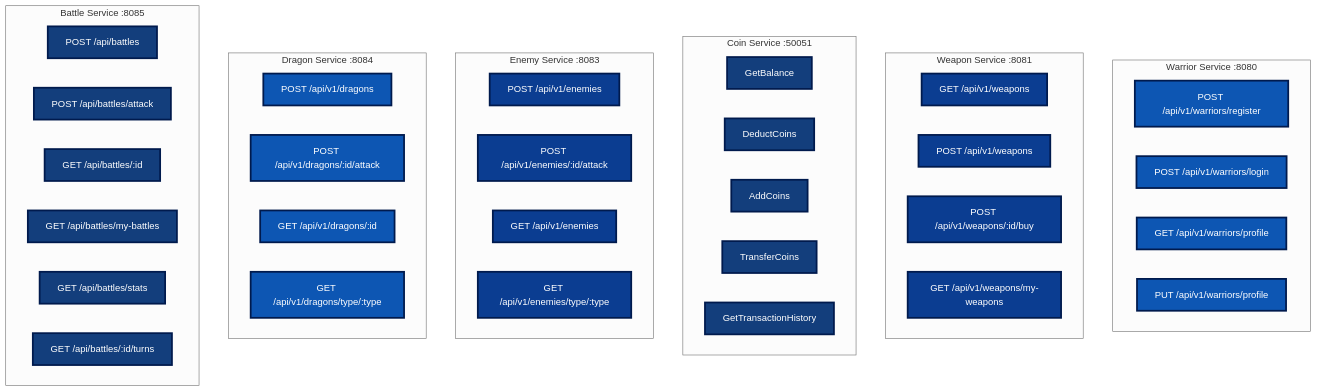
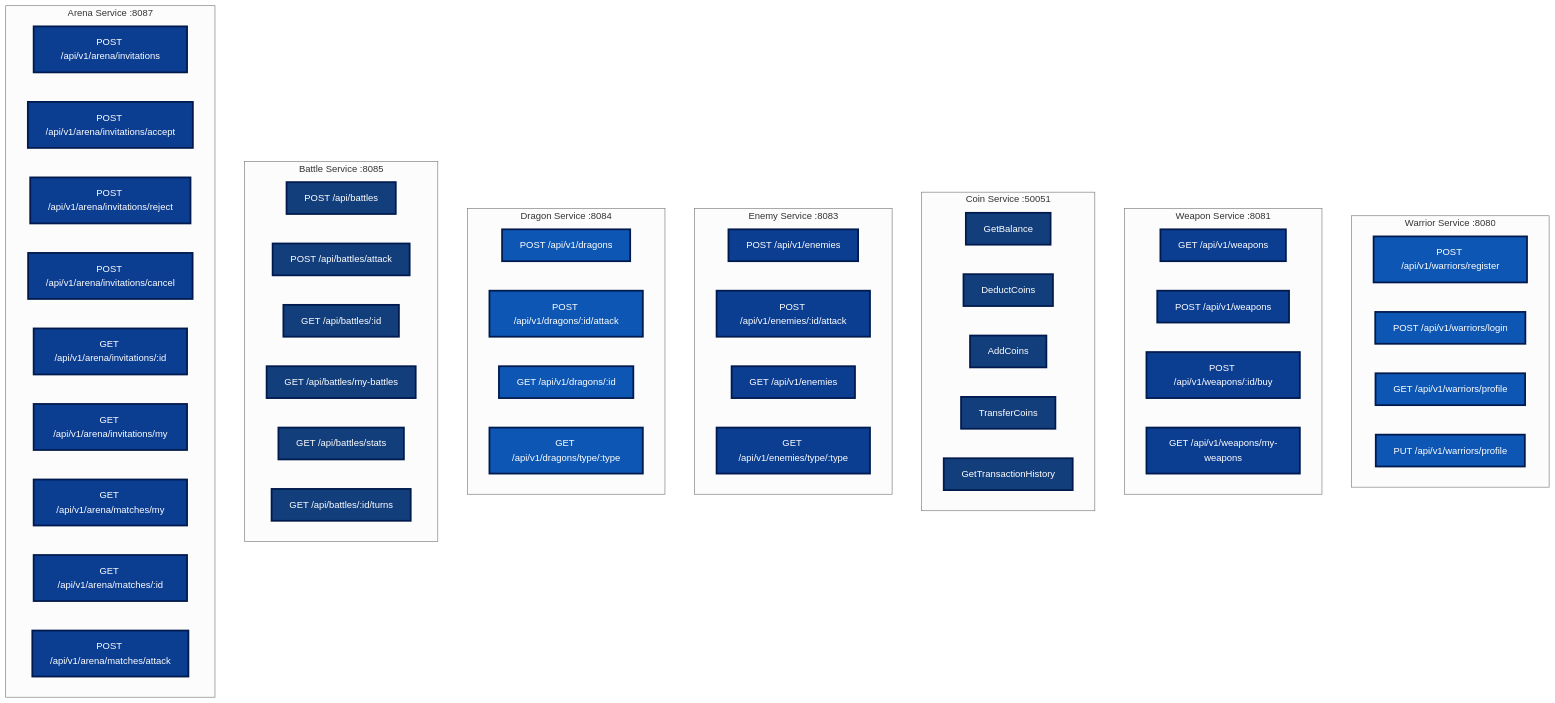
Before and after one commit to tiraten-bot/network-sec-micro: diagram 11 of 24 in README.md, drawn with Mermaid (neutral theme).

Commit message:
Update README.md to add new API endpoints for the Arena Service, enhancing the service interaction diagram with invitation and match functionalities.

````diff
--- a/README.md
+++ b/README.md
@@ -658,6 +658,18 @@
         B6[GET /api/battles/:id/turns]
     end
     
+    subgraph "Arena Service :8087"
+        A1[POST /api/v1/arena/invitations]
+        A2[POST /api/v1/arena/invitations/accept]
+        A3[POST /api/v1/arena/invitations/reject]
+        A4[POST /api/v1/arena/invitations/cancel]
+        A5[GET /api/v1/arena/invitations/:id]
+        A6[GET /api/v1/arena/invitations/my]
+        A7[GET /api/v1/arena/matches/my]
+        A8[GET /api/v1/arena/matches/:id]
+        A9[POST /api/v1/arena/matches/attack]
+    end
+    
     style W1 fill:#0d56b3,stroke:#001a4d,stroke-width:3px,color:#ffffff
     style W2 fill:#0d56b3,stroke:#001a4d,stroke-width:3px,color:#ffffff
     style W3 fill:#0d56b3,stroke:#001a4d,stroke-width:3px,color:#ffffff
@@ -685,4 +697,13 @@
     style B4 fill:#133e7c,stroke:#001a4d,stroke-width:3px,color:#ffffff
     style B5 fill:#133e7c,stroke:#001a4d,stroke-width:3px,color:#ffffff
     style B6 fill:#133e7c,stroke:#001a4d,stroke-width:3px,color:#ffffff
+    style A1 fill:#0b3d91,stroke:#001a4d,stroke-width:3px,color:#ffffff
+    style A2 fill:#0b3d91,stroke:#001a4d,stroke-width:3px,color:#ffffff
+    style A3 fill:#0b3d91,stroke:#001a4d,stroke-width:3px,color:#ffffff
+    style A4 fill:#0b3d91,stroke:#001a4d,stroke-width:3px,color:#ffffff
+    style A5 fill:#0b3d91,stroke:#001a4d,stroke-width:3px,color:#ffffff
+    style A6 fill:#0b3d91,stroke:#001a4d,stroke-width:3px,color:#ffffff
+    style A7 fill:#0b3d91,stroke:#001a4d,stroke-width:3px,color:#ffffff
+    style A8 fill:#0b3d91,stroke:#001a4d,stroke-width:3px,color:#ffffff
+    style A9 fill:#0b3d91,stroke:#001a4d,stroke-width:3px,color:#ffffff
 ```
````
